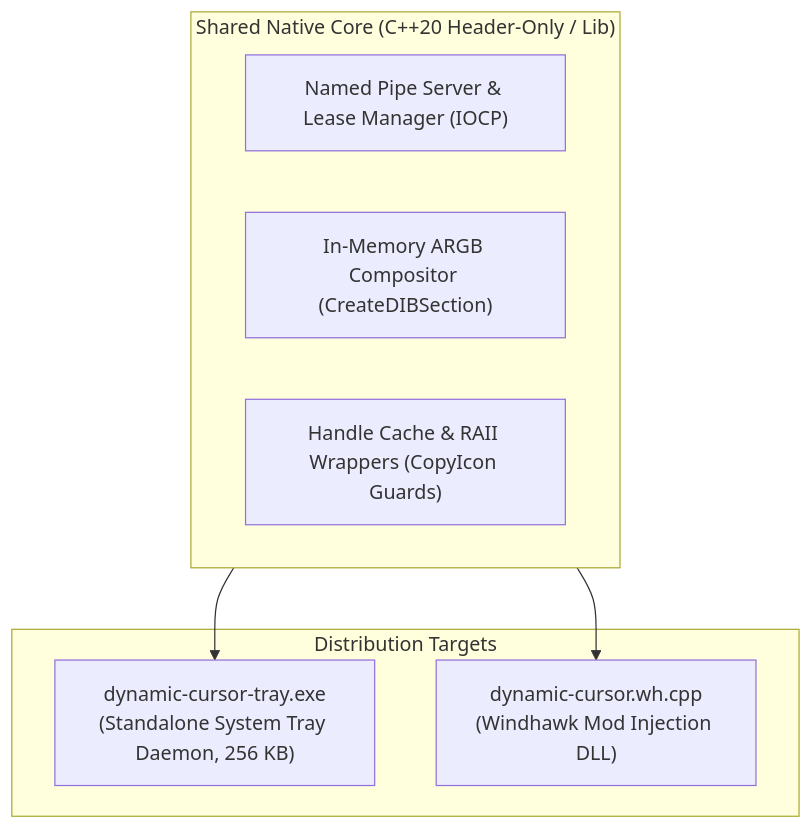
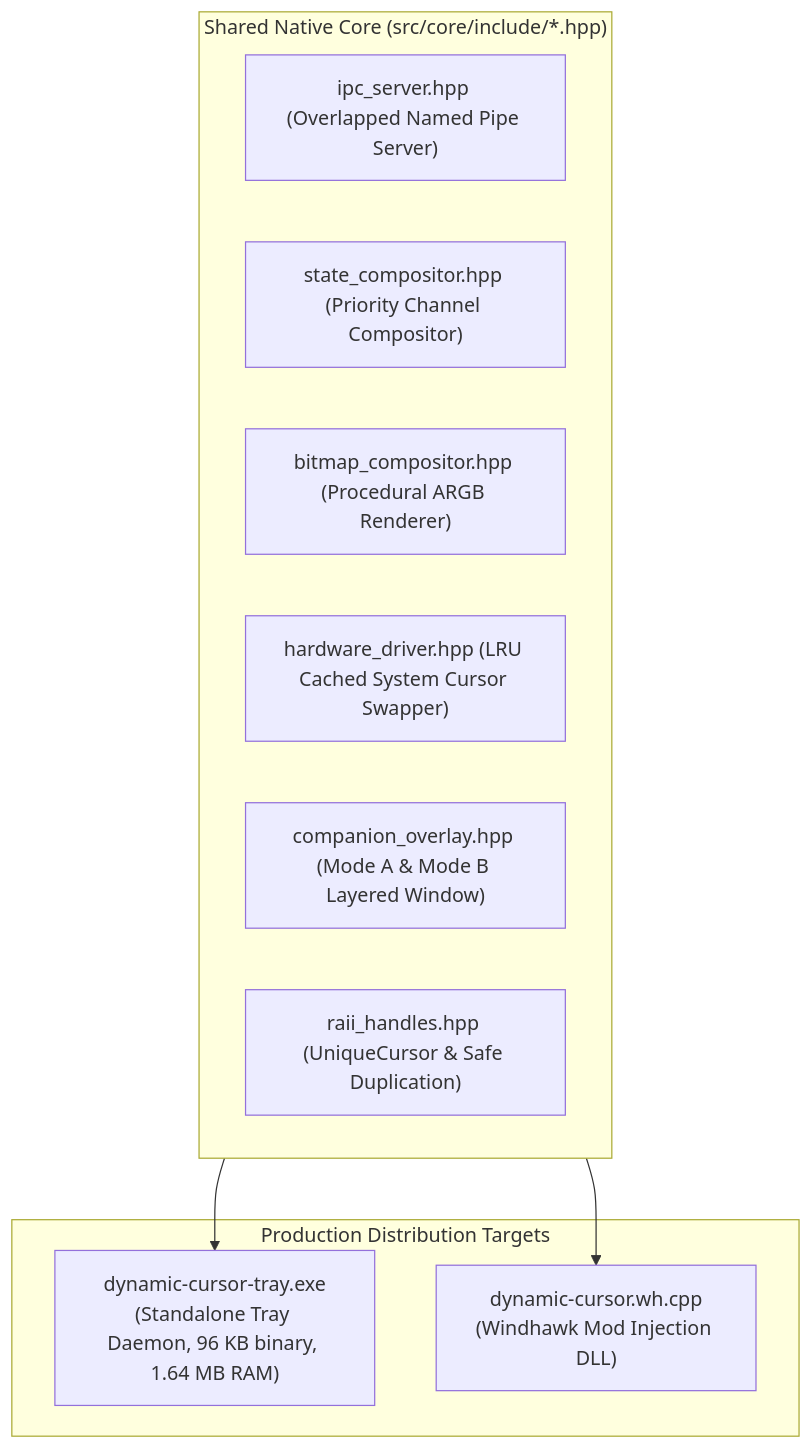
The third of 3 diagrams in docs/architecture/01_system_architecture.md (amirf147/dynamic-cursor), drawn with Mermaid before and after one commit. The commit also changed other lines of this file and 23 other files, not shown here.

````diff
--- a/docs/architecture/01_system_architecture.md
+++ b/docs/architecture/01_system_architecture.md
@@ -122,16 +128,19 @@
 ```mermaid
 flowchart TD
-    subgraph Core ["Shared Native Core (C++20 Header-Only / Lib)"]
-        IPC["Named Pipe Server & Lease Manager (IOCP)"]
-        COMP["In-Memory ARGB Compositor (CreateDIBSection)"]
-        REG["Handle Cache & RAII Wrappers (CopyIcon Guards)"]
+    subgraph Core ["Shared Native Core (src/core/include/*.hpp)"]
+        IPC["ipc_server.hpp (Overlapped Named Pipe Server)"]
+        STATE["state_compositor.hpp (Priority Channel Compositor)"]
+        DIB["bitmap_compositor.hpp (Procedural ARGB Renderer)"]
+        HW["hardware_driver.hpp (LRU Cached System Cursor Swapper)"]
+        HUD["companion_overlay.hpp (Mode A & Mode B Layered Window)"]
+        RAII["raii_handles.hpp (UniqueCursor & Safe Duplication)"]
     end
 
-    subgraph Targets ["Distribution Targets"]
-        TRAY["dynamic-cursor-tray.exe\n(Standalone System Tray Daemon, 256 KB)"]
+    subgraph Targets ["Production Distribution Targets"]
+        TRAY["dynamic-cursor-tray.exe\n(Standalone Tray Daemon, 96 KB binary, 1.64 MB RAM)"]
         WH["dynamic-cursor.wh.cpp\n(Windhawk Mod Injection DLL)"]
     end
 
     Core --> TRAY
     Core --> WH
 ```
````
